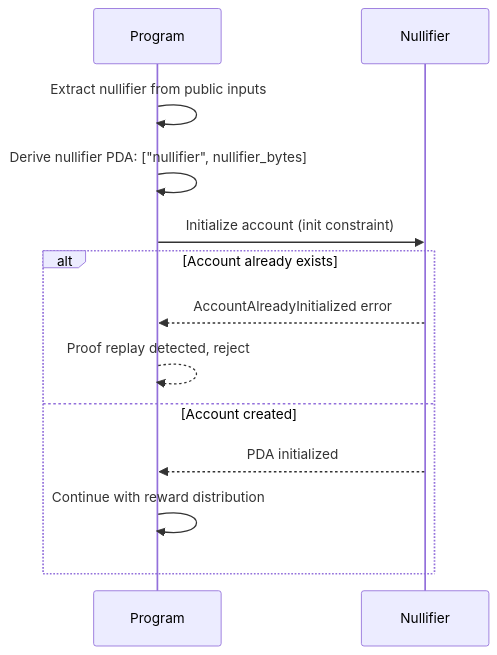
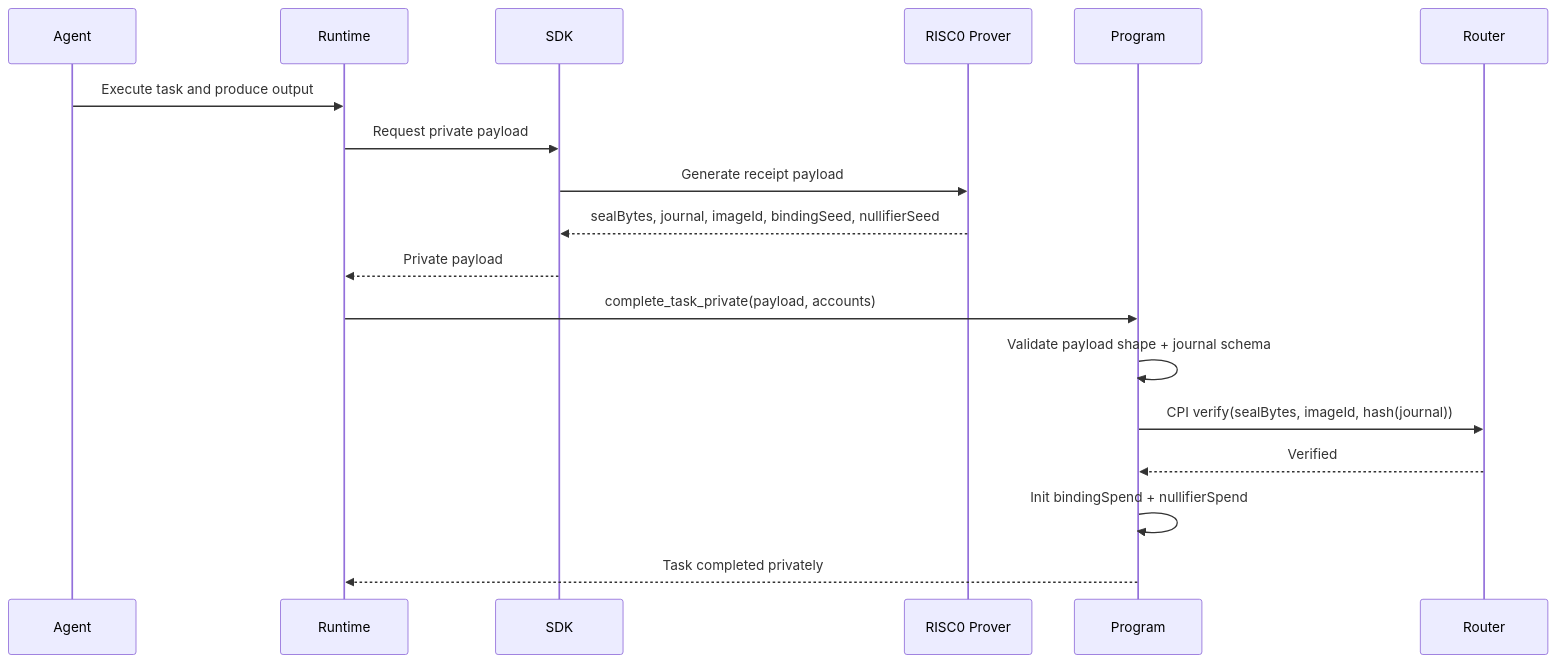
One commit to tetsuo-ai/AgenC changed the diagram in docs/architecture/flows/zk-proof-flow.md. Above: the diagram before and after it, drawn with Mermaid. The commit also changed other lines of this file and 120 other files, not shown here.

First line of the commit message:
refactor(zk): complete risc0 migration and remove legacy proof stack (#1209)

````diff
--- a/docs/architecture/flows/zk-proof-flow.md
+++ b/docs/architecture/flows/zk-proof-flow.md
@@ -135,18 +7,22 @@
 ```mermaid
 sequenceDiagram
+    participant Agent
+    participant Runtime
+    participant SDK
+    participant Prover as RISC0 Prover
     participant Program
-    participant Nullifier
+    participant Router
 
-    Program->>Program: Extract nullifier from public inputs
-    Program->>Program: Derive nullifier PDA: ["nullifier", nullifier_bytes]
+    Agent->>Runtime: Execute task and produce output
+    Runtime->>SDK: Request private payload
+    SDK->>Prover: Generate receipt payload
+    Prover-->>SDK: sealBytes, journal, imageId, bindingSeed, nullifierSeed
+    SDK-->>Runtime: Private payload
 
-    Program->>Nullifier: Initialize account (init constraint)
-
-    alt Account already exists
-        Nullifier-->>Program: AccountAlreadyInitialized error
-        Program-->>Program: Proof replay detected, reject
-    else Account created
-        Nullifier-->>Program: PDA initialized
-        Program->>Program: Continue with reward distribution
-    end
+    Runtime->>Program: complete_task_private(payload, accounts)
+    Program->>Program: Validate payload shape + journal schema
+    Program->>Router: CPI verify(sealBytes, imageId, hash(journal))
+    Router-->>Program: Verified
+    Program->>Program: Init bindingSpend + nullifierSpend
+    Program-->>Runtime: Task completed privately
 ```
````
